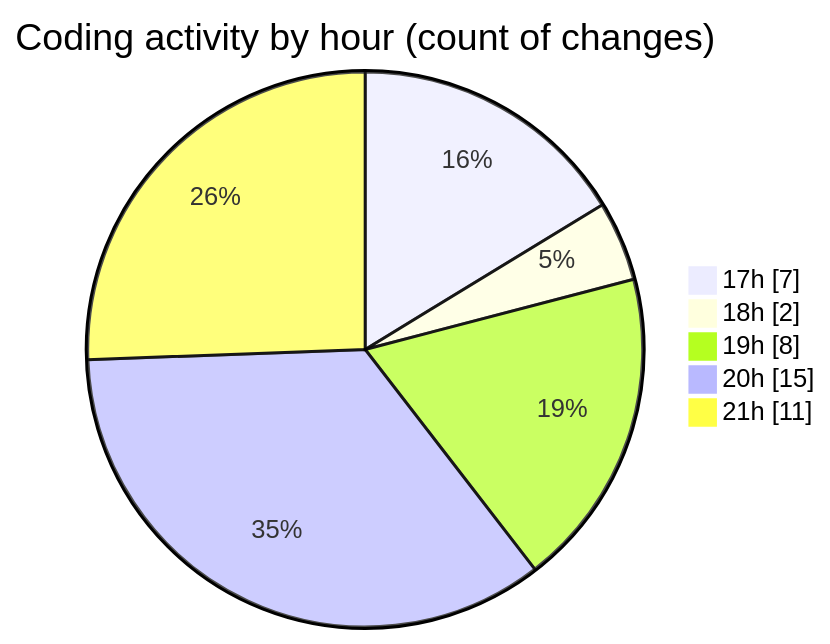
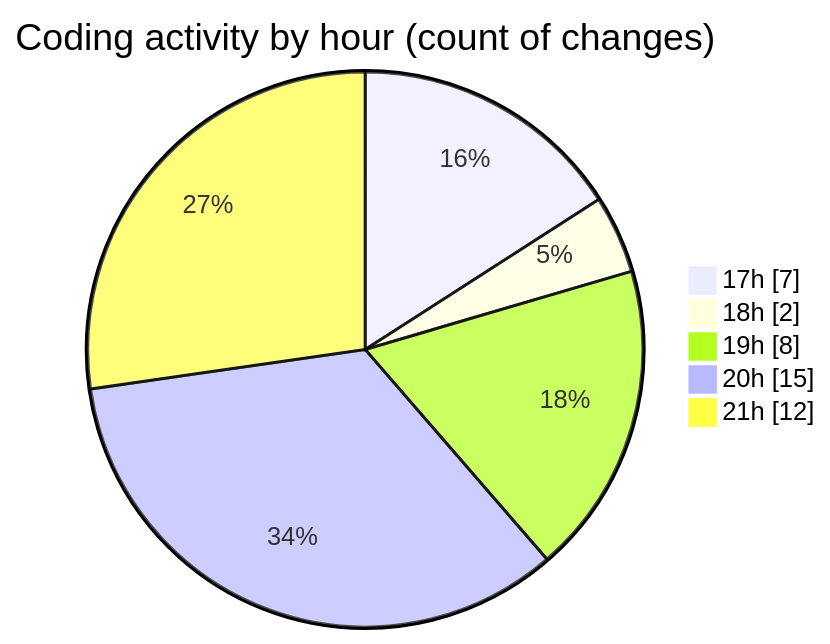
Before and after one commit to MatusMokan/code-tracking: the second of 2 diagrams in 2025-01-12/myws__workspace_/README.md, drawn with Mermaid. The commit also changed other lines of this file and 1 other file, not shown here.

````diff
--- a/2025-01-12/myws__workspace_/README.md
+++ b/2025-01-12/myws__workspace_/README.md
@@ -30,9 +30,9 @@
 ```mermaid
 pie showData
 title Coding activity by hour (count of changes)
 "17h" : 7
 "18h" : 2
 "19h" : 8
 "20h" : 15
-"21h" : 11
+"21h" : 12
 ```
````
